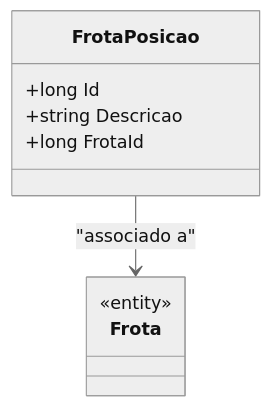
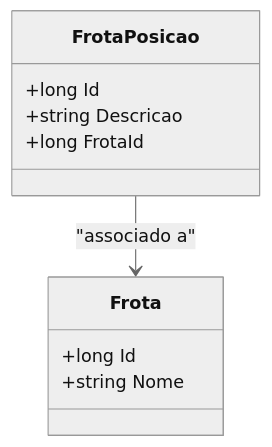
The diagram in docs/b2b-dominio/IsthmusWinthor.Nucleo/IsthmusWinthor.Dominio/Entidades/FrotaPosicao.md (IsthmusSistemas/documentacao-tecnica), drawn with Mermaid (neutral theme) before and after one commit. The commit also changed other lines of this file and 882 other files, not shown here.

````diff
--- a/docs/b2b-dominio/IsthmusWinthor.Nucleo/IsthmusWinthor.Dominio/Entidades/FrotaPosicao.md
+++ b/docs/b2b-dominio/IsthmusWinthor.Nucleo/IsthmusWinthor.Dominio/Entidades/FrotaPosicao.md
@@ -21,14 +26,15 @@
 ```mermaid
 classDiagram
     class FrotaPosicao {
         +long Id
         +string Descricao
         +long FrotaId
     }
 
     class Frota {
-        <<entity>>
+        +long Id
+        +string Nome
     }
 
     FrotaPosicao --> Frota : "associado a"
-``` 
+```
````
